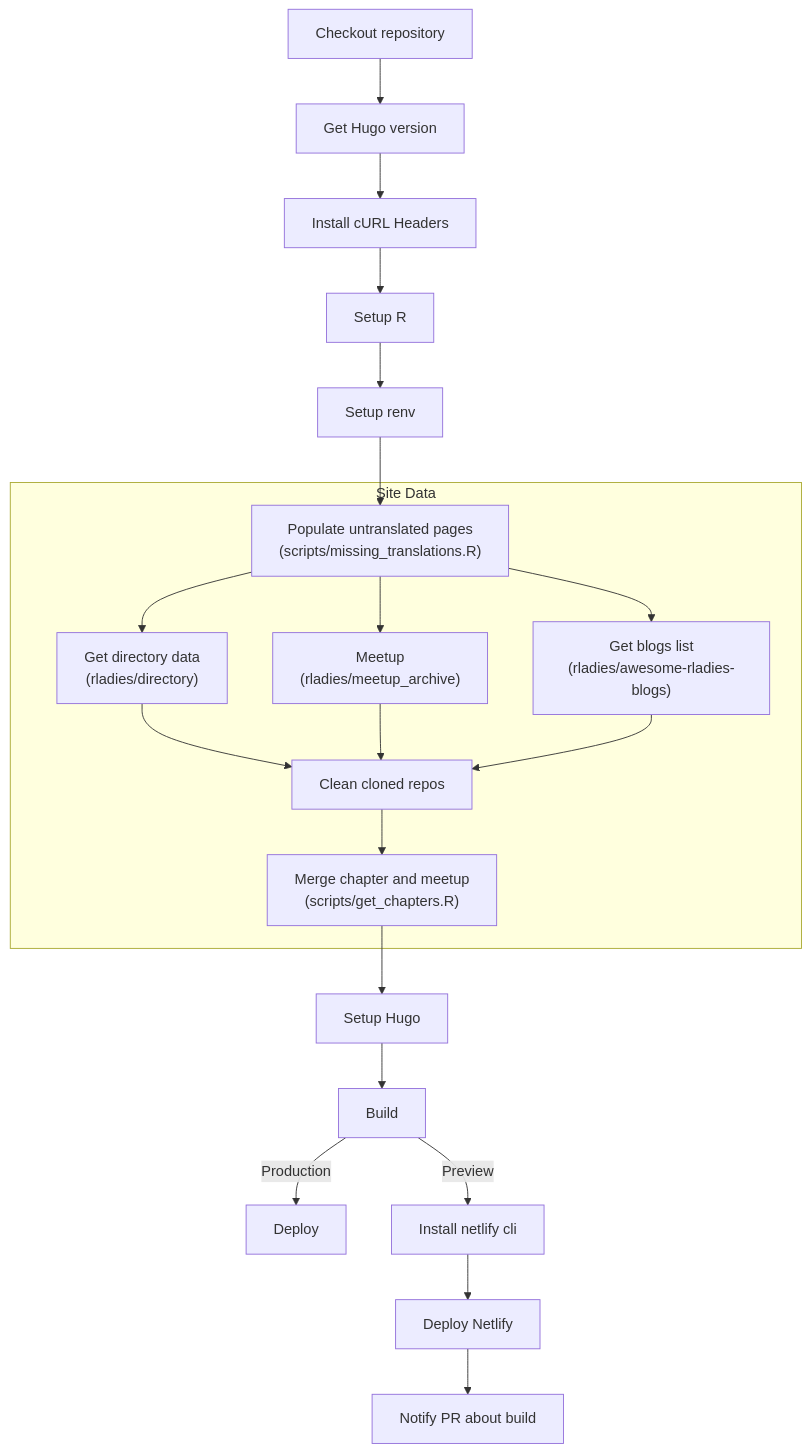
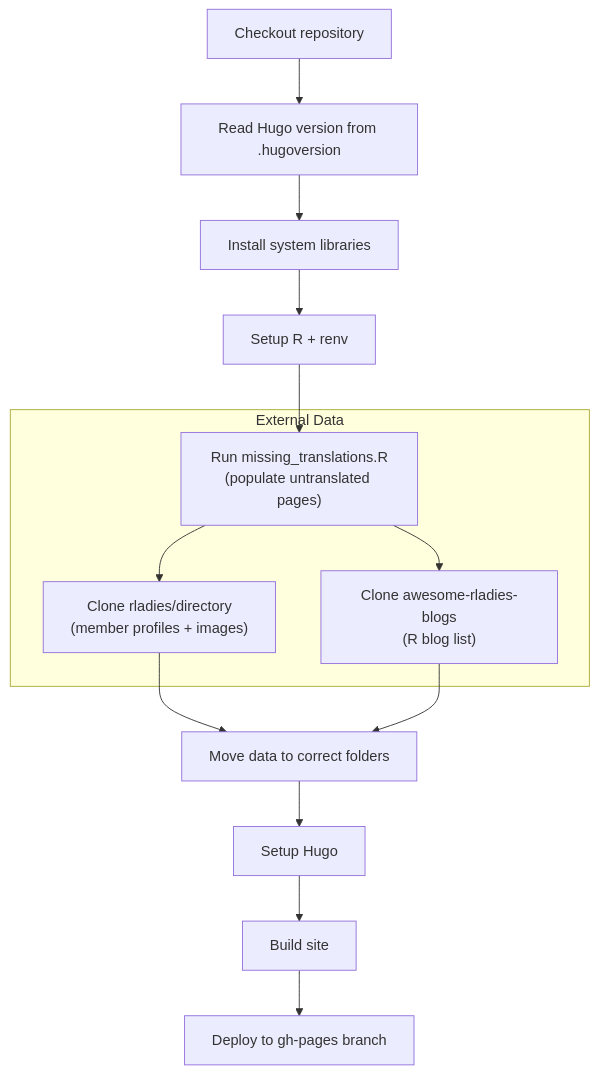
One commit to rladies/rladiesguide changed the diagram in content/website/admin_guide/gha/index.en.md. Above: the diagram before and after it, drawn with Mermaid. The commit also changed other lines of this file and 1 other file, not shown here.

````diff
--- a/content/website/admin_guide/gha/index.en.md
+++ b/content/website/admin_guide/gha/index.en.md
@@ -18,28 +27,18 @@
-{{< mermaid >}}
+```mermaid
 graph TB
+    A[Checkout repository] --> B[Read Hugo version from .hugoversion]
+    B --> C[Install system libraries]
+    C --> D[Setup R + renv]
+    D --> E["Run missing_translations.R\n(populate untranslated pages)"]
 
-A[Checkout repository] --> B[Get Hugo version]
-B --> C[Install cURL Headers]
-C --> D[Setup R]
-D --> E[Setup renv]
-E --> F["Populate untranslated pages\n(scripts/missing_translations.R)"]
+    subgraph External Data
+        E --> F["Clone rladies/directory\n(member profiles + images)"]
+        E --> G["Clone awesome-rladies-blogs\n(R blog list)"]
+    end
 
-subgraph Site Data
-F --> G["Get directory data\n(rladies/directory)"]
-F --> H["Meetup\n(rladies/meetup_archive)"]
-F --> I["Get blogs list\n(rladies/awesome-rladies-blogs)"]
-G --> J["Clean cloned repos"]
-J --> K["Merge chapter and meetup\n(scripts/get_chapters.R)"]
-end
-
-H --> J
-I --> J
-K --> L[Setup Hugo]
-L --> M[Build]
-
-M -->|Production| N[Deploy]
-
-M -->|Preview| O[Install netlify cli]
-O --> P[Deploy Netlify]
-P --> Q["Notify PR about build"]
-{{< /mermaid >}}
+    F --> H[Move data to correct folders]
+    G --> H
+    H --> I[Setup Hugo]
+    I --> J[Build site]
+    J --> K[Deploy to gh-pages branch]
+```
````
